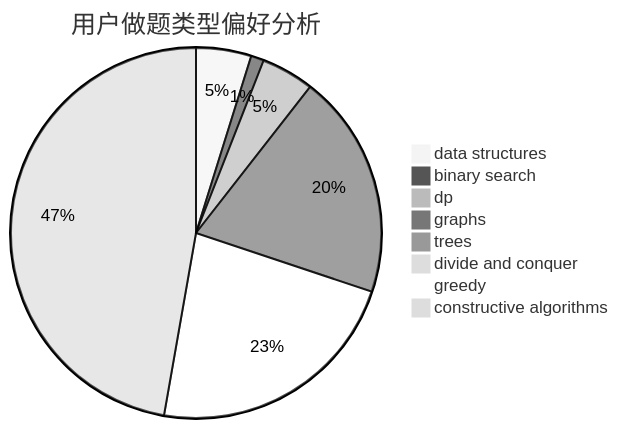
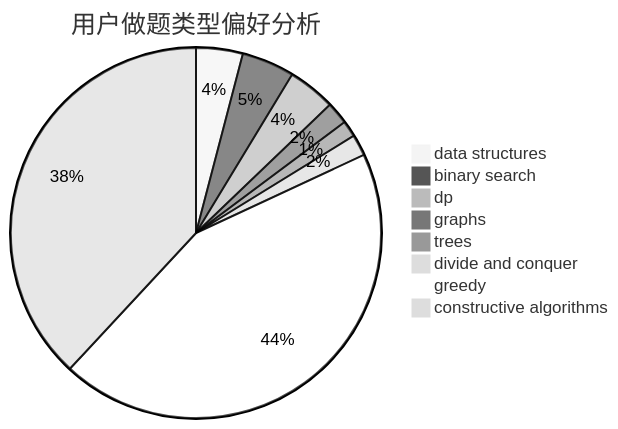
The second of 3 diagrams in docs/user/u418.md (sherpahu/cfrs.github.io), drawn with Mermaid (neutral theme) before and after one commit. The commit also changed other lines of this file and 2770 other files, not shown here.

````diff
--- a/docs/user/u418.md
+++ b/docs/user/u418.md
@@ -23,11 +23,11 @@
 ```mermaid
 pie title 用户做题类型偏好分析
-    "data structures" :  47
-    "binary search" :  11
-    "dp" :  45
-    "graphs" :  191
-    "trees" :  0
-    "divide and conquer" :  0
-    "greedy" :  221
-    "constructive algorithms" :  461
+    "data structures" :  46
+    "binary search" :  52
+    "dp" :  47
+    "graphs" :  22
+    "trees" :  16
+    "divide and conquer" :  21
+    "greedy" :  495
+    "constructive algorithms" :  430
 ```
````
